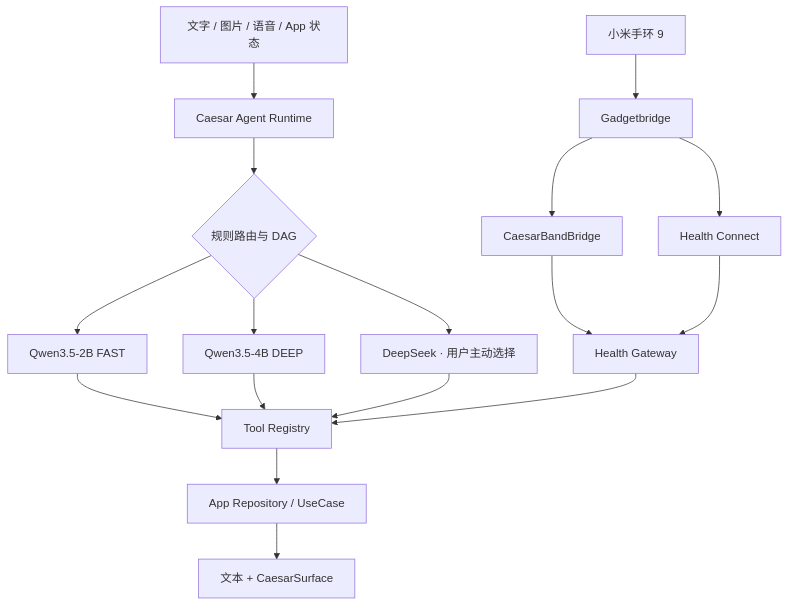
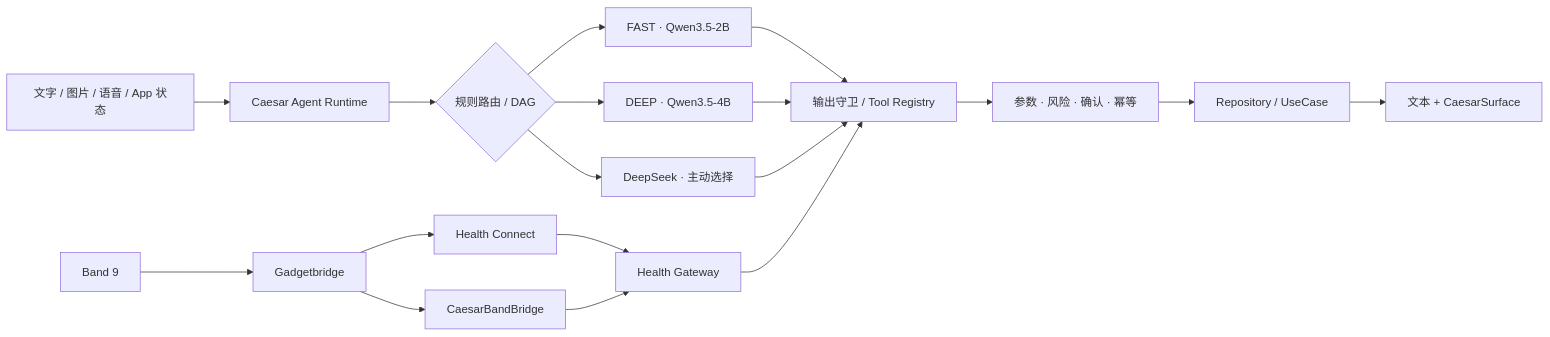
The diagram in README.md (liburce0412-alt/liburce0412-alt-s-Org), drawn with Mermaid before and after one commit. The commit also changed other lines of this file and 8 other files, not shown here.

````diff
--- a/README.md
+++ b/README.md
@@ -24,19 +59,20 @@
 ```mermaid
-flowchart TD
+flowchart LR
     Input[文字 / 图片 / 语音 / App 状态] --> Runtime[Caesar Agent Runtime]
-    Runtime --> Route{规则路由与 DAG}
-    Route --> Fast[Qwen3.5-2B FAST]
-    Route --> Deep[Qwen3.5-4B DEEP]
-    Route --> Cloud[DeepSeek · 用户主动选择]
-    Fast --> Tools[Tool Registry]
-    Deep --> Tools
-    Cloud --> Tools
-    Tools --> UseCases[App Repository / UseCase]
-    UseCases --> Surface[文本 + CaesarSurface]
-    Band[小米手环 9] --> GB[Gadgetbridge]
+    Runtime --> Route{规则路由 / DAG}
+    Route --> Fast[FAST · Qwen3.5-2B]
+    Route --> Deep[DEEP · Qwen3.5-4B]
+    Route --> Cloud[DeepSeek · 主动选择]
+    Fast --> Guard[输出守卫 / Tool Registry]
+    Deep --> Guard
+    Cloud --> Guard
+    Guard --> Policy[参数 · 风险 · 确认 · 幂等]
+    Policy --> UseCase[Repository / UseCase]
+    UseCase --> UI[文本 + CaesarSurface]
+    Band[Band 9] --> GB[Gadgetbridge]
+    GB --> HC[Health Connect]
     GB --> Bridge[CaesarBandBridge]
-    GB --> HC[Health Connect]
-    Bridge --> Health[Health Gateway]
-    HC --> Health
-    Health --> Tools
+    HC --> Health[Health Gateway]
+    Bridge --> Health
+    Health --> Guard
 ```
````
